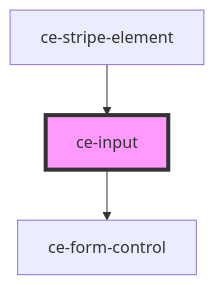
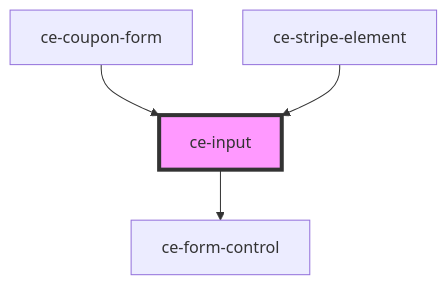
The diagram in packages/components/docs/components/ui/input/readme.md (surecart/surecart-wp-plugin), drawn with Mermaid before and after one commit. The commit also changed other lines of this file and 19 other files, not shown here.

````diff
--- a/packages/components/docs/components/ui/input/readme.md
+++ b/packages/components/docs/components/ui/input/readme.md
@@ -112,6 +113,7 @@
 ```mermaid
 graph TD;
   ce-input --> ce-form-control
+  ce-coupon-form --> ce-input
   ce-stripe-element --> ce-input
   style ce-input fill:#f9f,stroke:#333,stroke-width:4px
 ```
````
